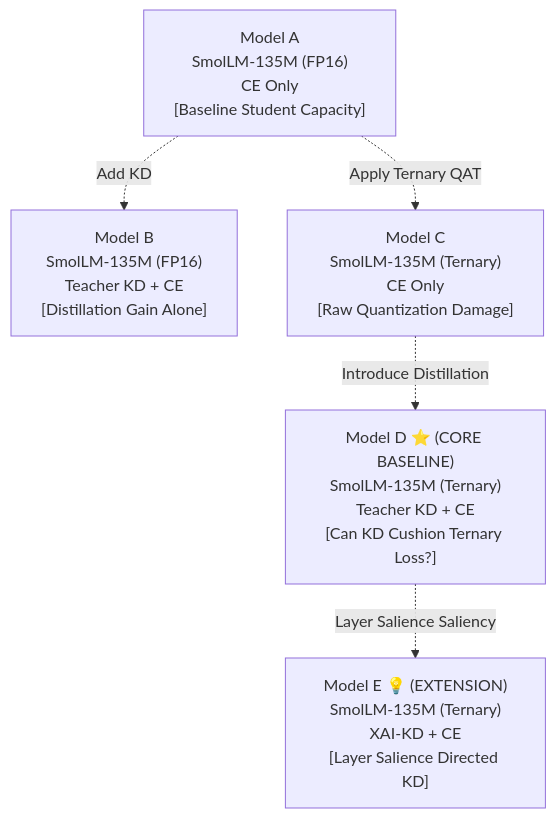
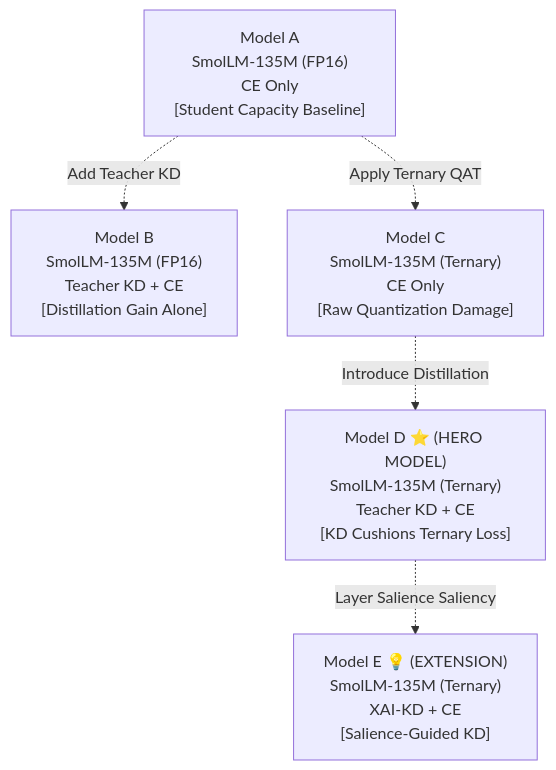
One commit to Mayank-Rana1/llm_quantization changed the third of 3 diagrams in README.md. Above: the diagram before and after it, drawn with Mermaid. The commit also changed other lines of this file and 1 other file, not shown here.

````diff
--- a/README.md
+++ b/README.md
@@ -66,13 +78,13 @@
 ```mermaid
 graph TD
-    M1["Model A\nSmolLM-135M (FP16)\nCE Only\n[Baseline Student Capacity]"]
+    M1["Model A\nSmolLM-135M (FP16)\nCE Only\n[Student Capacity Baseline]"]
     M2["Model B\nSmolLM-135M (FP16)\nTeacher KD + CE\n[Distillation Gain Alone]"]
     M3["Model C\nSmolLM-135M (Ternary)\nCE Only\n[Raw Quantization Damage]"]
-    M4["Model D ⭐ (CORE BASELINE)\nSmolLM-135M (Ternary)\nTeacher KD + CE\n[Can KD Cushion Ternary Loss?]"]
-    M5["Model E 💡 (EXTENSION)\nSmolLM-135M (Ternary)\nXAI-KD + CE\n[Layer Salience Directed KD]"]
+    M4["Model D ⭐ (HERO MODEL)\nSmolLM-135M (Ternary)\nTeacher KD + CE\n[KD Cushions Ternary Loss]"]
+    M5["Model E 💡 (EXTENSION)\nSmolLM-135M (Ternary)\nXAI-KD + CE\n[Salience-Guided KD]"]
 
-    M1 -.->|Add KD| M2
+    M1 -.->|Add Teacher KD| M2
     M1 -.->|Apply Ternary QAT| M3
     M3 -.->|Introduce Distillation| M4
     M4 -.->|Layer Salience Saliency| M5
 ```
````
